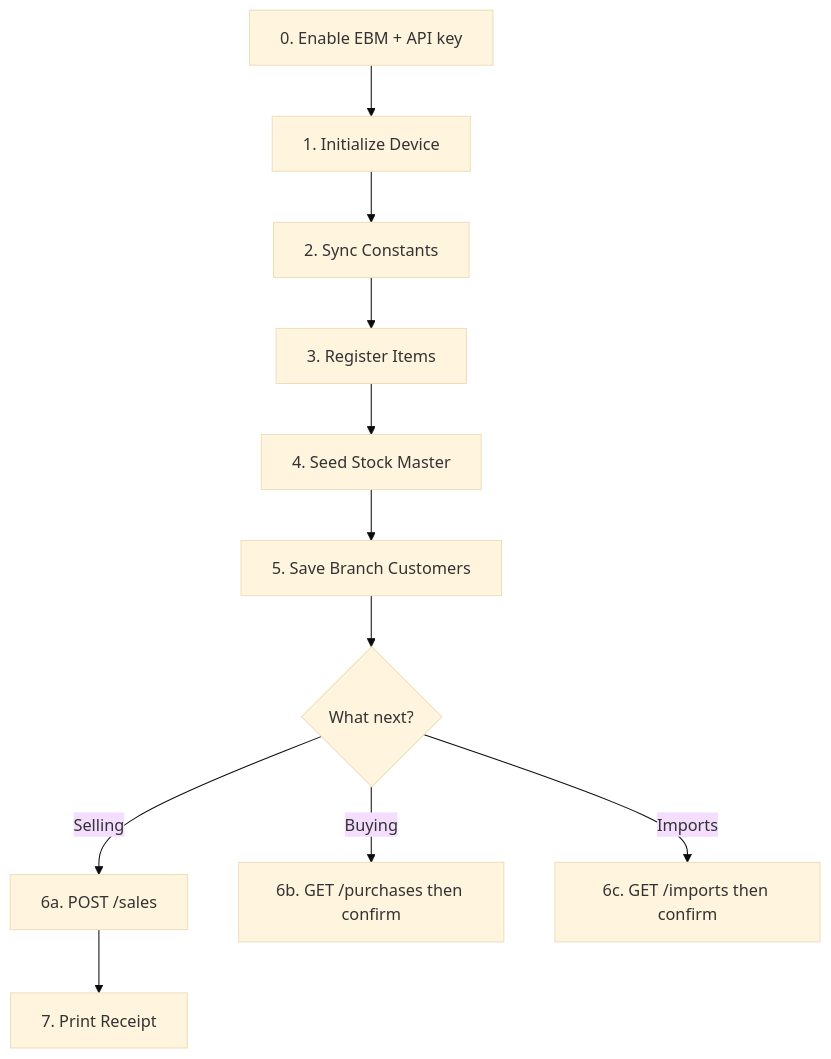
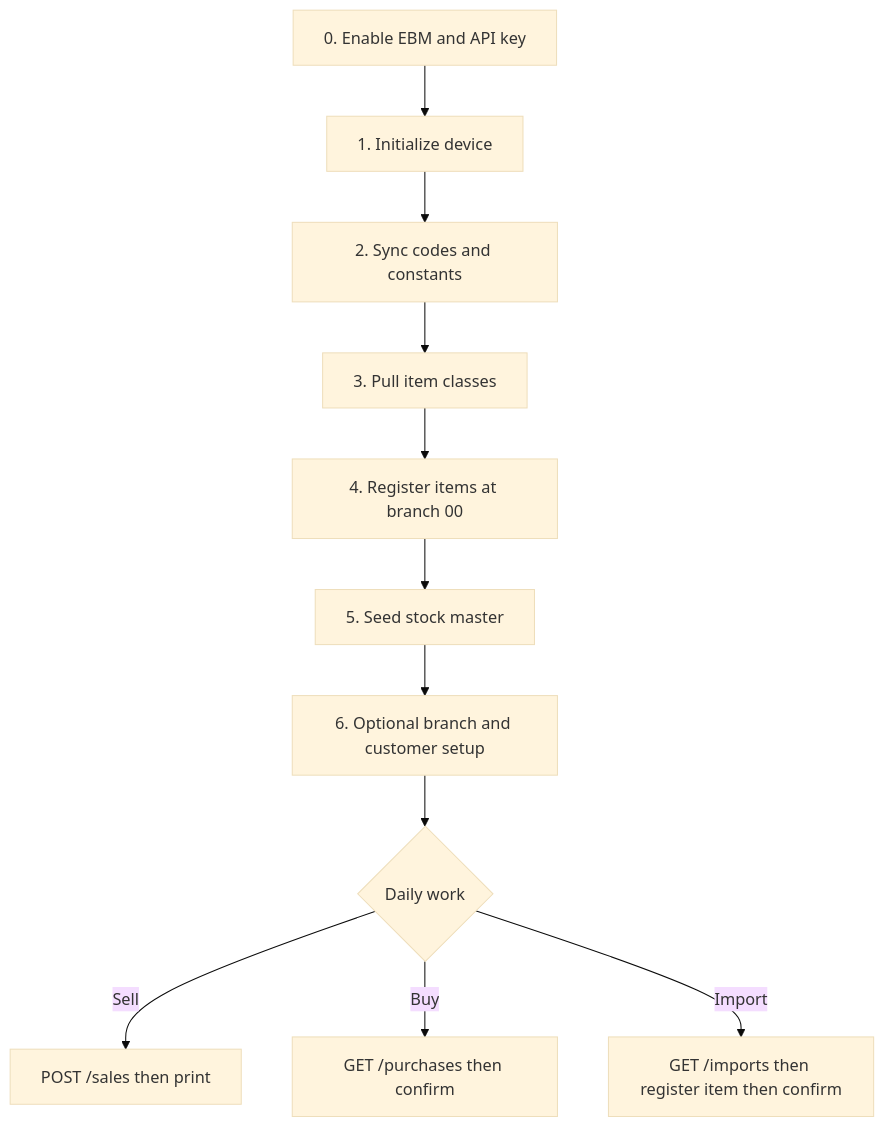
Before and after one commit to kaykorw/ebm_thirdparty_docs: the diagram in workflows/getting-started.mdx, drawn with Mermaid (base theme). The commit also changed other lines of this file and 28 other files, not shown here.

````diff
--- a/workflows/getting-started.mdx
+++ b/workflows/getting-started.mdx
@@ -18,13 +20,13 @@
 ```mermaid
 flowchart TD
-    A["0. Enable EBM + API key"] --> B["1. Initialize Device"]
-    B --> C["2. Sync Constants"]
-    C --> D["3. Register Items"]
-    D --> E["4. Seed Stock Master"]
-    E --> F["5. Save Branch Customers"]
-    F --> G{"What next?"}
-    G -->|Selling| H["6a. POST /sales"]
-    G -->|Buying| I["6b. GET /purchases then confirm"]
-    G -->|Imports| J["6c. GET /imports then confirm"]
-    H --> K["7. Print Receipt"]
+    A["0. Enable EBM and API key"] --> B["1. Initialize device"]
+    B --> C["2. Sync codes and constants"]
+    C --> D["3. Pull item classes"]
+    D --> E["4. Register items at branch 00"]
+    E --> F["5. Seed stock master"]
+    F --> G["6. Optional branch and customer setup"]
+    G --> H{"Daily work"}
+    H -->|Sell| I["POST /sales then print"]
+    H -->|Buy| J["GET /purchases then confirm"]
+    H -->|Import| K["GET /imports then register item then confirm"]
 ```
````
